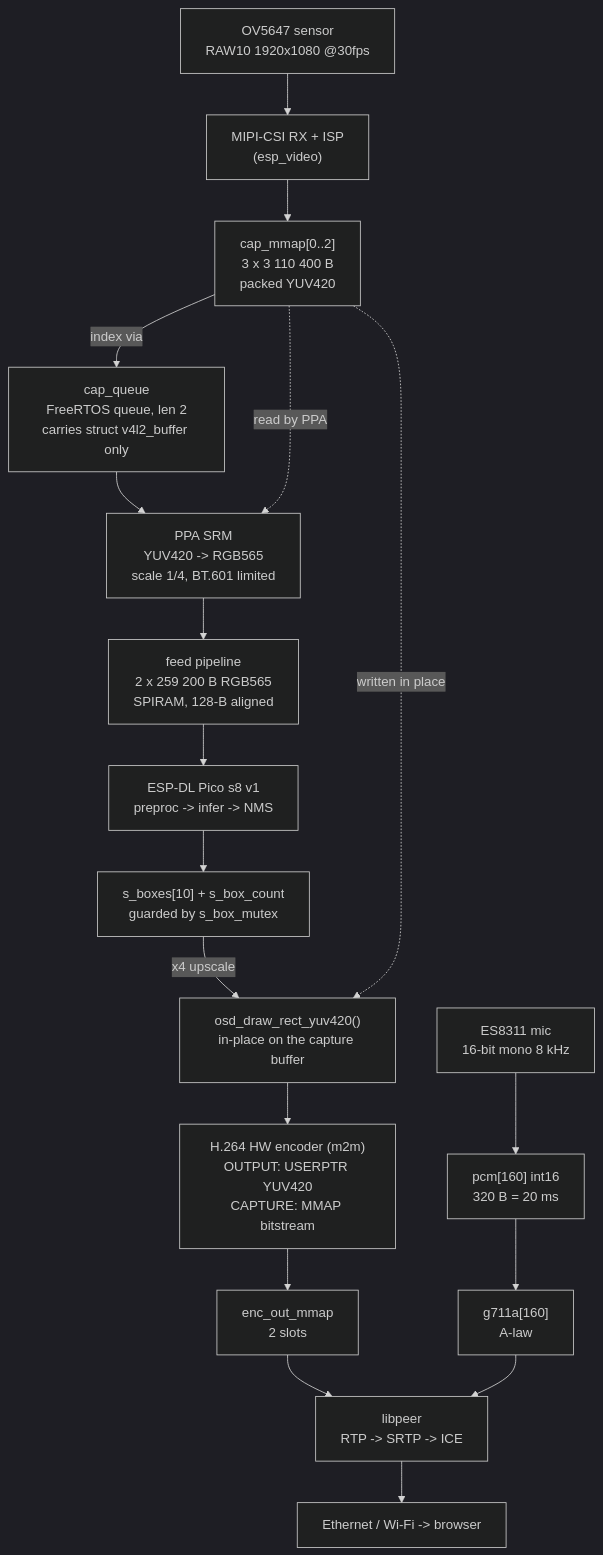
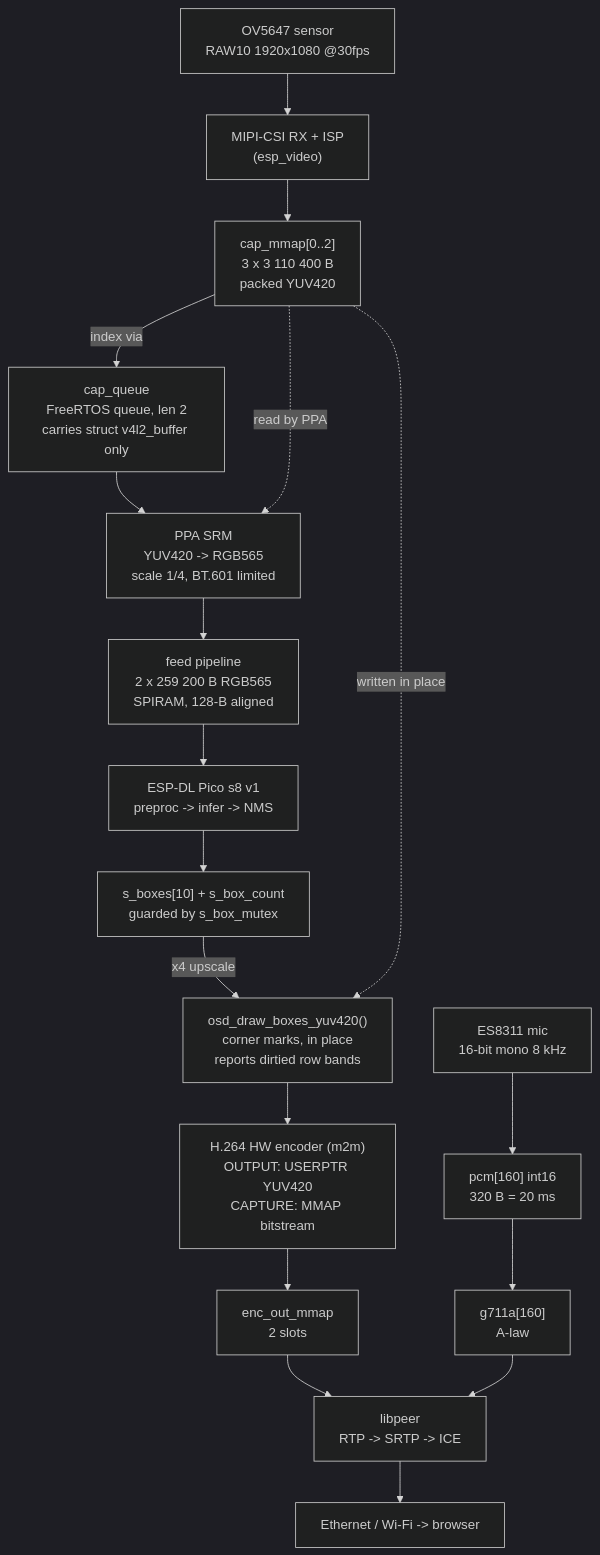
One commit to thanhbinh89/esp32-ipc changed the first of 7 diagrams in DATAFLOW.md. Above: the diagram before and after it, drawn with Mermaid (dark theme). The commit also changed other lines of this file and 4 other files, not shown here.

Commit message:
Refactor architecture and data flow documentation; update configuration for capture buffers and video encoding parameters

````diff
--- a/DATAFLOW.md
+++ b/DATAFLOW.md
@@ -12,32 +12,32 @@
 ```mermaid
 graph TD
     OV["OV5647 sensor<br/>RAW10 1920x1080 @30fps"]
     CSI["MIPI-CSI RX + ISP<br/>(esp_video)"]
     CAPBUF["cap_mmap[0..2]<br/>3 x 3 110 400 B<br/>packed YUV420"]
     CAPQ["cap_queue<br/>FreeRTOS queue, len 2<br/>carries struct v4l2_buffer only"]
     PPA["PPA SRM<br/>YUV420 -> RGB565<br/>scale 1/4, BT.601 limited"]
     FEED["feed pipeline<br/>2 x 259 200 B RGB565<br/>SPIRAM, 128-B aligned"]
     DL["ESP-DL Pico s8 v1<br/>preproc -> infer -> NMS"]
     BSTORE["s_boxes[10] + s_box_count<br/>guarded by s_box_mutex"]
-    OSDB["osd_draw_rect_yuv420()<br/>in-place on the capture buffer"]
+    OSDB["osd_draw_boxes_yuv420()<br/>corner marks, in place<br/>reports dirtied row bands"]
     H264["H.264 HW encoder (m2m)<br/>OUTPUT: USERPTR YUV420<br/>CAPTURE: MMAP bitstream"]
     ENCBUF["enc_out_mmap<br/>2 slots"]
     LP["libpeer<br/>RTP -> SRTP -> ICE"]
     NET["Ethernet / Wi-Fi -> browser"]
 
     MIC["ES8311 mic<br/>16-bit mono 8 kHz"]
     PCM["pcm[160] int16<br/>320 B = 20 ms"]
     G711["g711a[160]<br/>A-law"]
 
     OV --> CSI --> CAPBUF
     CAPBUF -- "index via" --> CAPQ
     CAPQ --> PPA
     CAPBUF -. "read by PPA" .-> PPA
     PPA --> FEED --> DL --> BSTORE
     BSTORE -- "x4 upscale" --> OSDB
     CAPBUF -. "written in place" .-> OSDB
     OSDB --> H264
     H264 --> ENCBUF --> LP
     MIC --> PCM --> G711 --> LP
     LP --> NET
 ```
````
